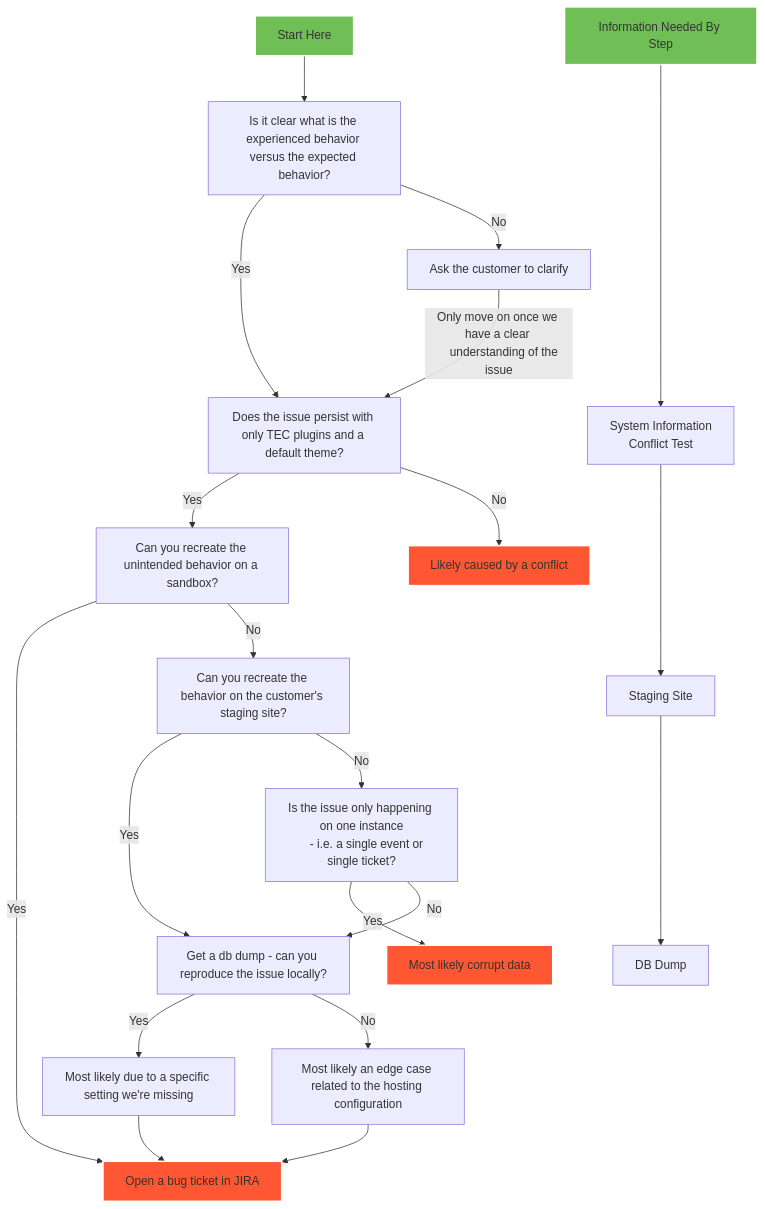
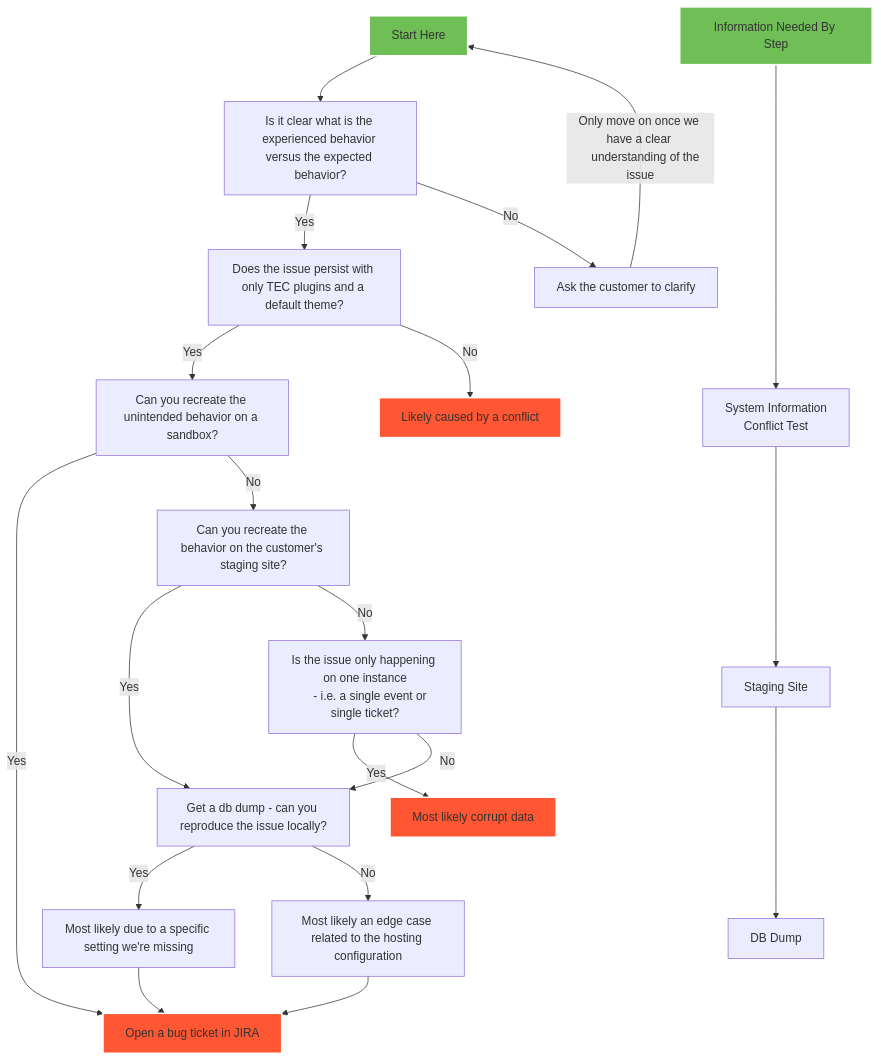
One commit to sdokus/sdokus-dev-day-concepts changed the diagram in support-flowchart.md. Above: the diagram before and after it, drawn with Mermaid.

Commit message:
Changed early workflow to not move on until we have a clear understanding of the problem

````diff
--- a/support-flowchart.md
+++ b/support-flowchart.md
@@ -3,56 +3,56 @@
 ```mermaid
 graph TD
     A[Start Here]
     A --> B
     B[Is it clear what is the experienced behavior versus the expected behavior?]
     B -->|Yes| C
     B -->|No| D
     C[Does the issue persist with only TEC plugins and a default theme?]
     D[Ask the customer to clarify]
     D -->|Only move on once we have a clear 
-    understanding of the issue|C
+    understanding of the issue|A
     C -->|Yes|E
     C -->|No|F
     E[Can you recreate the unintended behavior on a sandbox?]
     F[Likely caused by a conflict]
     E --> |Yes| G
     E --> |No| H
     G[Open a bug ticket in JIRA]
     H[Can you recreate the behavior on the customer's staging site?]
     H -->|Yes| I
     H -->|No| J
     I[Get a db dump - can you reproduce the issue locally?]
     I -->|Yes| N
     I -->|No| M
     M[Most likely an edge case related to the hosting configuration]
     N[Most likely due to a specific setting we're missing]
     M --> G
     N --> G
     J[Is the issue only happening on one instance
     - i.e. a single event or single ticket?]
     J --> |Yes| K
     J --> |No| I
     K[Most likely corrupt data]
     
 style A fill:#6FBF56,stroke:#ffffff,stroke-width:2px;
 style F fill:#FF5733,stroke:#ffffff,stroke-width:2px;
 style K fill:#FF5733,stroke:#ffffff,stroke-width:2px;
 style G fill:#FF5733,stroke:#ffffff,stroke-width:2px;
 
 %% Second Graph - Information Gathering
     A2[Information Needed By Step]
     A2 ----> B2
     B2[
         System Information
         Conflict Test
     ]
     click B2 href "#system-info"
     B2 ---> C2
     C2[Staging Site]
     click C2 href "#staging-site"
     C2 ---> D2
     D2[DB Dump]
     click D2 href "#db-dump"
 
 style A2 fill:#6FBF56,stroke:#ffffff,stroke-width:2px;
 ```
````
